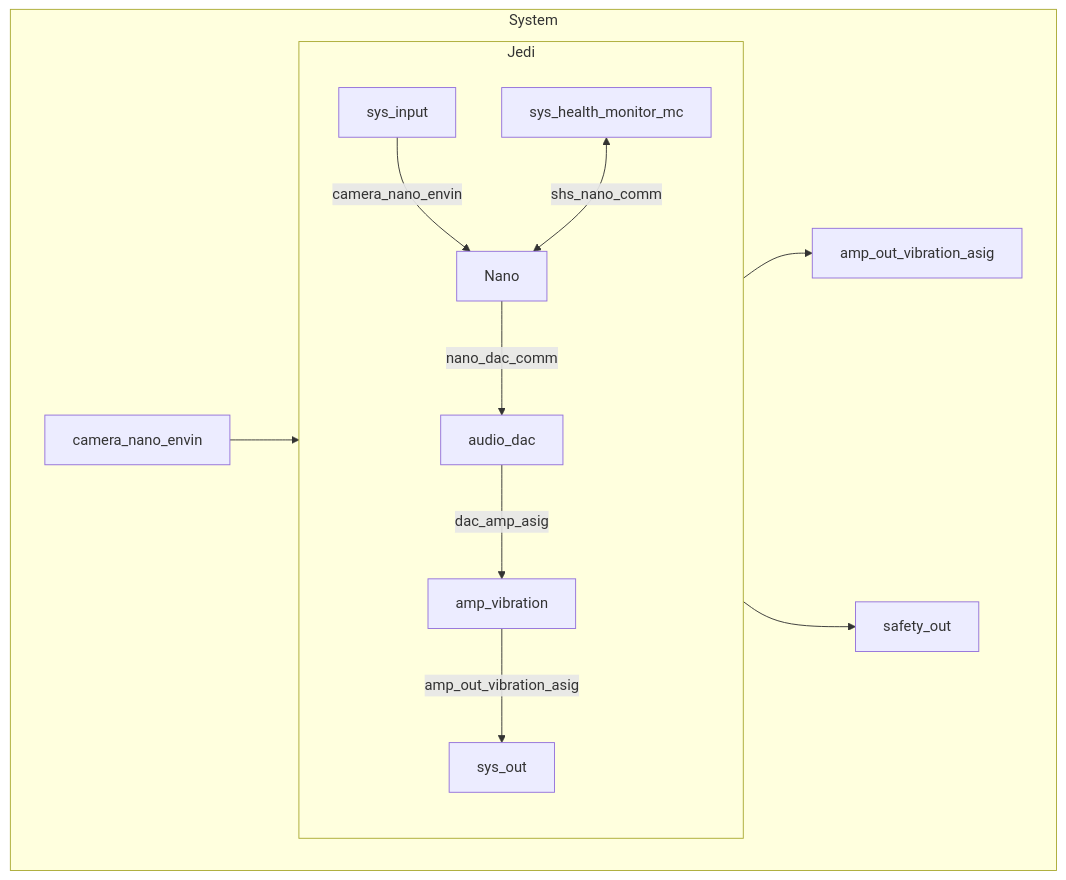
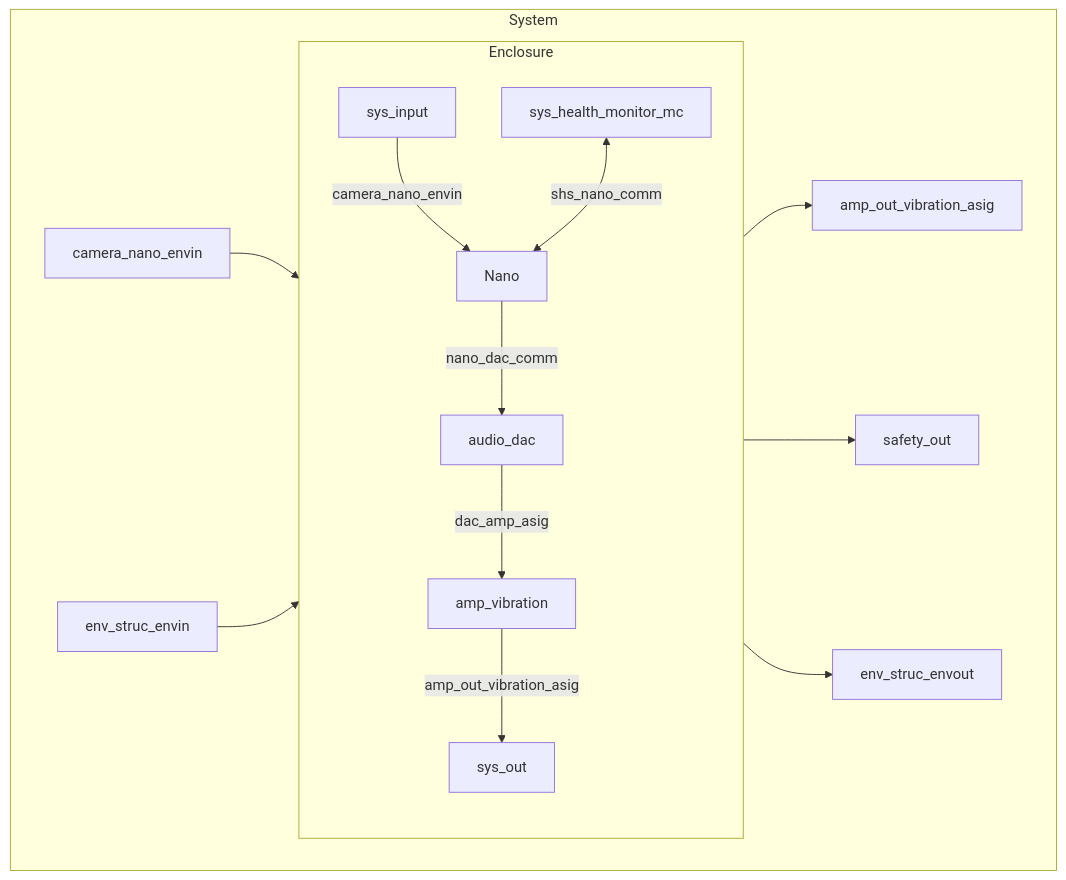
One commit to Jedi-Vision/ECE44x changed the second of 16 diagrams in blocks.md. Above: the diagram before and after it, drawn with Mermaid. The commit also changed other lines of this file and 2 other files, not shown here.

Commit message:
Add enclosure to system diagram

````diff
--- a/blocks.md
+++ b/blocks.md
@@ -14,32 +16,34 @@
 ```mermaid
 graph TD
     subgraph System
-        subgraph Jedi
+        subgraph Enclosure
             %% Power management block
             sys_input -- "camera_nano_envin" --> Nano
 
             %% Camera
             %%sys_input -- "environ_in" --> camera
             %%camera -- "cam_feed" --> Nano
 
             %% Mode Switch
             %%sys_input -- "usr_in" --> mode_switch
             %%mode_switch -- "det_mode" --> Nano
 
             %% System Health Monitor
             sys_health_monitor_mc <-- "shs_nano_comm" --> Nano
 
             Nano -- "nano_dac_comm" --> audio_dac
             audio_dac -- "dac_amp_asig" --> amp_vibration
             %%sys_input -- "usr_in" --> Nano
             amp_vibration -- "amp_out_vibration_asig" --> sys_out
 
         end
 
         %% System input and outputs
-        camera_nano_envin --> Jedi
-        %%usr_in --> Jedi
-        Jedi --> amp_out_vibration_asig
-        Jedi --> safety_out
+        camera_nano_envin --> Enclosure
+        %%usr_in --> Enclosure
+        Enclosure --> amp_out_vibration_asig
+        Enclosure --> safety_out
+        env_struc_envin --> Enclosure
+        Enclosure --> env_struc_envout
     end
 ```
````
